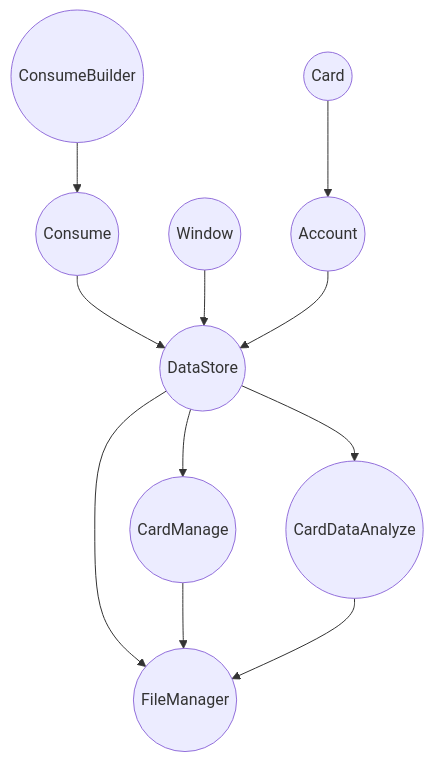
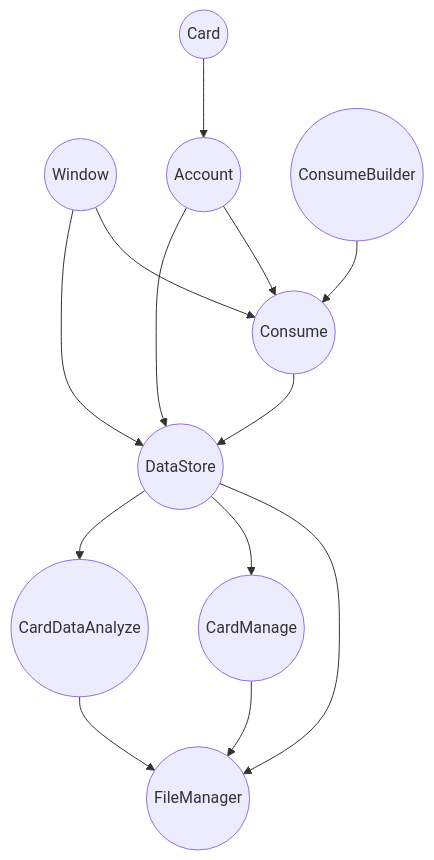
The diagram in README.md (xhzq233/CampusCardBackEnd), drawn with Mermaid before and after one commit.

````diff
--- a/README.md
+++ b/README.md
@@ -17,26 +17,27 @@
 ```mermaid
 graph TB
 
 A((FileManager))
 B((Window))
 C((Card))
 D((Account))
 E((Consume))
 F((ConsumeBuilder))
 G((DataStore))
 H((CardManage))
 I((CardDataAnalyze))
 
 G-->A
 H-->A
 I-->A
-
+B-->E
+D-->E
 E-->G
 F-->E
 B-->G
 C-->D
 D-->G
 G-->H
 G-->I
 
 ```
````
